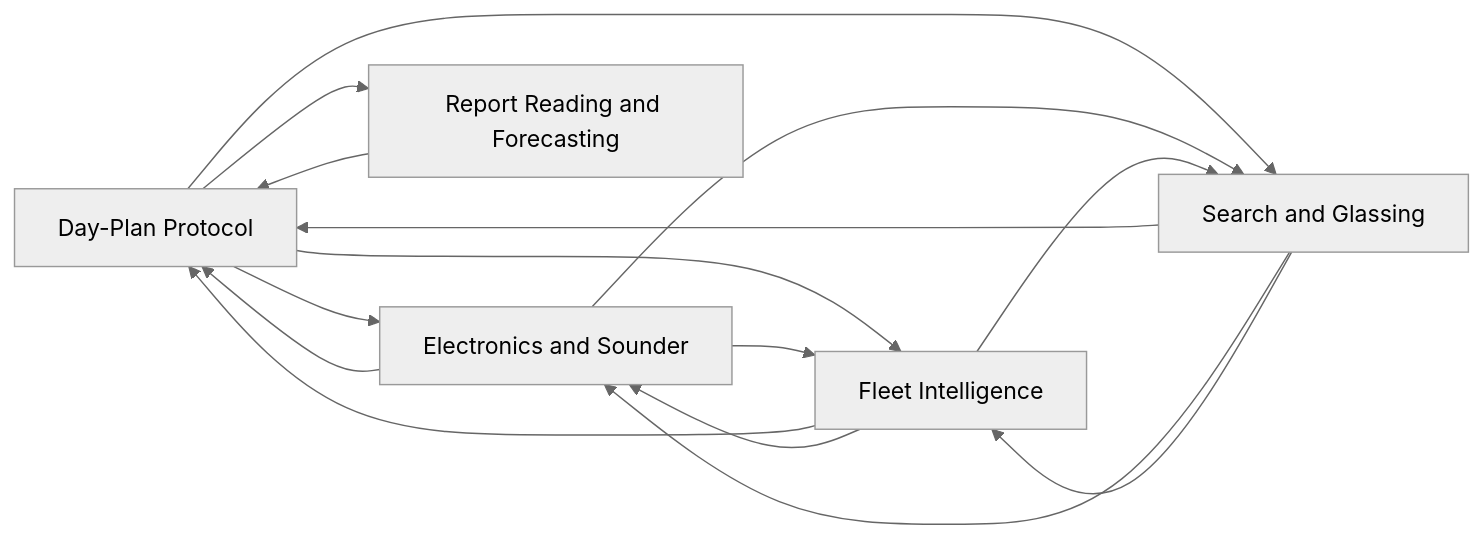
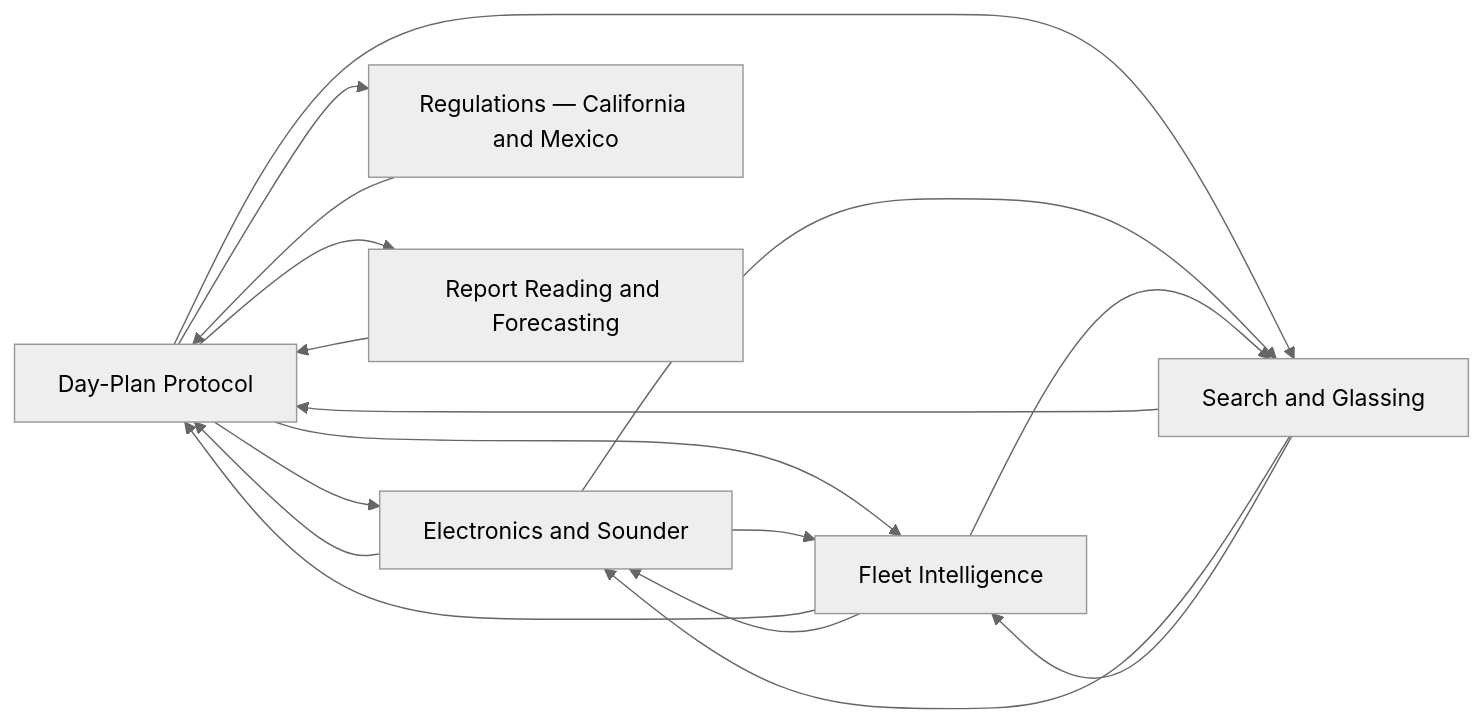
Before and after one commit to camchuckpete-max/Socal-Fishing-Knowledge: the diagram in planning/README.md, drawn with Mermaid (neutral theme). The commit also changed other lines of this file and 21 other files, not shown here.

````diff
--- a/planning/README.md
+++ b/planning/README.md
@@ -18,22 +19,25 @@
 ```mermaid
 graph LR
   n0["Day-Plan Protocol"]
   n1["Electronics and Sounder"]
   n2["Fleet Intelligence"]
-  n3["Report Reading and Forecasting"]
-  n4["Search and Glassing"]
+  n3["Regulations — California and Mexico"]
+  n4["Report Reading and Forecasting"]
+  n5["Search and Glassing"]
   n0 --> n1
   n0 --> n2
   n0 --> n3
   n0 --> n4
+  n0 --> n5
   n1 --> n0
   n1 --> n2
-  n1 --> n4
+  n1 --> n5
   n2 --> n0
   n2 --> n1
-  n2 --> n4
+  n2 --> n5
   n3 --> n0
   n4 --> n0
-  n4 --> n1
-  n4 --> n2
+  n5 --> n0
+  n5 --> n1
+  n5 --> n2
 ```
````
